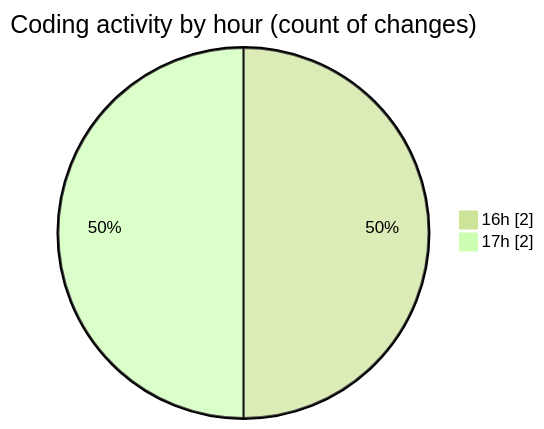
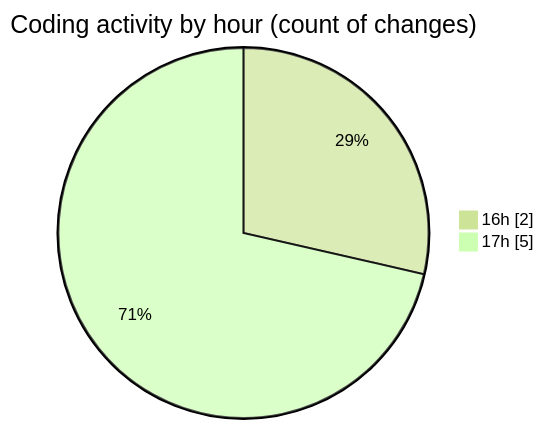
One commit to ricardozamudiocil/code-tracking changed the second of 2 diagrams in 2026-09-07/cilapp/README.md. Above: the diagram before and after it, drawn with Mermaid (forest theme). The commit also changed other lines of this file and 1 other file, not shown here.

````diff
--- a/2026-09-07/cilapp/README.md
+++ b/2026-09-07/cilapp/README.md
@@ -29,6 +29,6 @@
 ```mermaid
 pie showData
 title Coding activity by hour (count of changes)
 "16h" : 2
-"17h" : 2
+"17h" : 5
 ```
````
